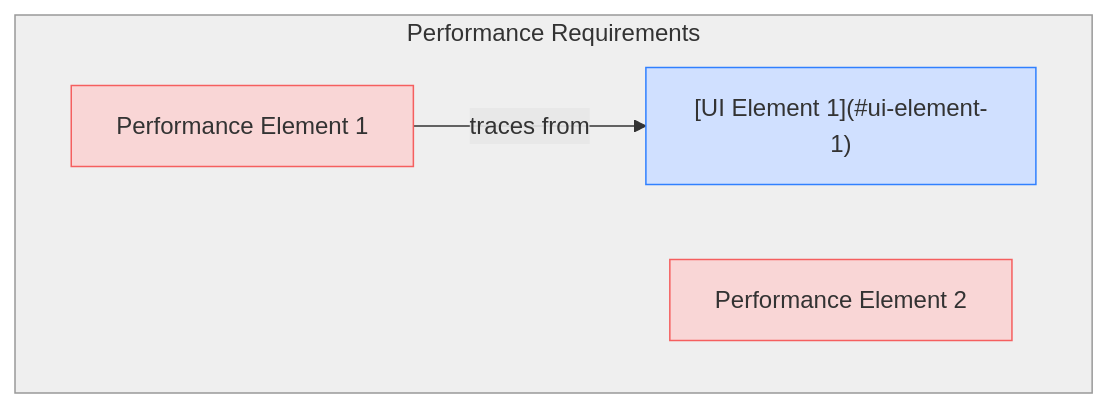
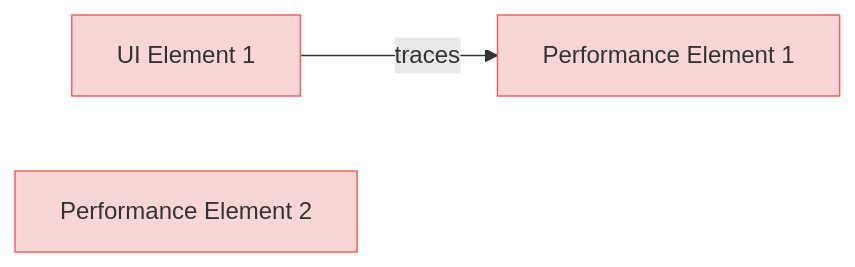
One commit to reqvire-org/reqvire changed the second of 2 diagrams in test-fixtures/test-diagram-generation/UserRequirements.md. Above: the diagram before and after it, drawn with Mermaid. The commit also changed other lines of this file and 18 other files, not shown here.

````diff
--- a/test-fixtures/test-diagram-generation/UserRequirements.md
+++ b/test-fixtures/test-diagram-generation/UserRequirements.md
@@ -53,23 +50,21 @@
 ```mermaid
-graph TD;
+graph LR;
   %% Graph styling
   classDef requirement fill:#f9d6d6,stroke:#f55f5f,stroke-width:1px;
   classDef satisfies fill:#fff2cc,stroke:#ffcc00,stroke-width:1px;
   classDef verification fill:#d6f9d6,stroke:#5fd75f,stroke-width:1px;
   classDef externalLink fill:#d0e0ff,stroke:#3080ff,stroke-width:1px;
   classDef paragraph fill:#efefef,stroke:#999999,stroke-width:1px;
   classDef default fill:#f5f5f5,stroke:#333333,stroke-width:1px;
 
-  subgraph para["Performance Requirements"];
     Performance_Element_1["Performance Element 1"];
     click Performance_Element_1 "UserRequirements.md#performance-element-1";
     class Performance_Element_1 requirement;
-    Performance_Element_1 -->|traces from| _UI_Element_1___ui_element_1_;
-  _UI_Element_1___ui_element_1_["[UI Element 1](#ui-element-1)"];
-  class _UI_Element_1___ui_element_1_ externalLink;
+    _UI_Element_1___ui_element_1_ -->|traces| Performance_Element_1;
+    _UI_Element_1___ui_element_1_["UI Element 1"];
+    click _UI_Element_1___ui_element_1_ "#ui-element-1";
+    class _UI_Element_1___ui_element_1_ requirement;
     Performance_Element_2["Performance Element 2"];
     click Performance_Element_2 "UserRequirements.md#performance-element-2";
     class Performance_Element_2 requirement;
-  end;
-  class para paragraph;
 ```
````
